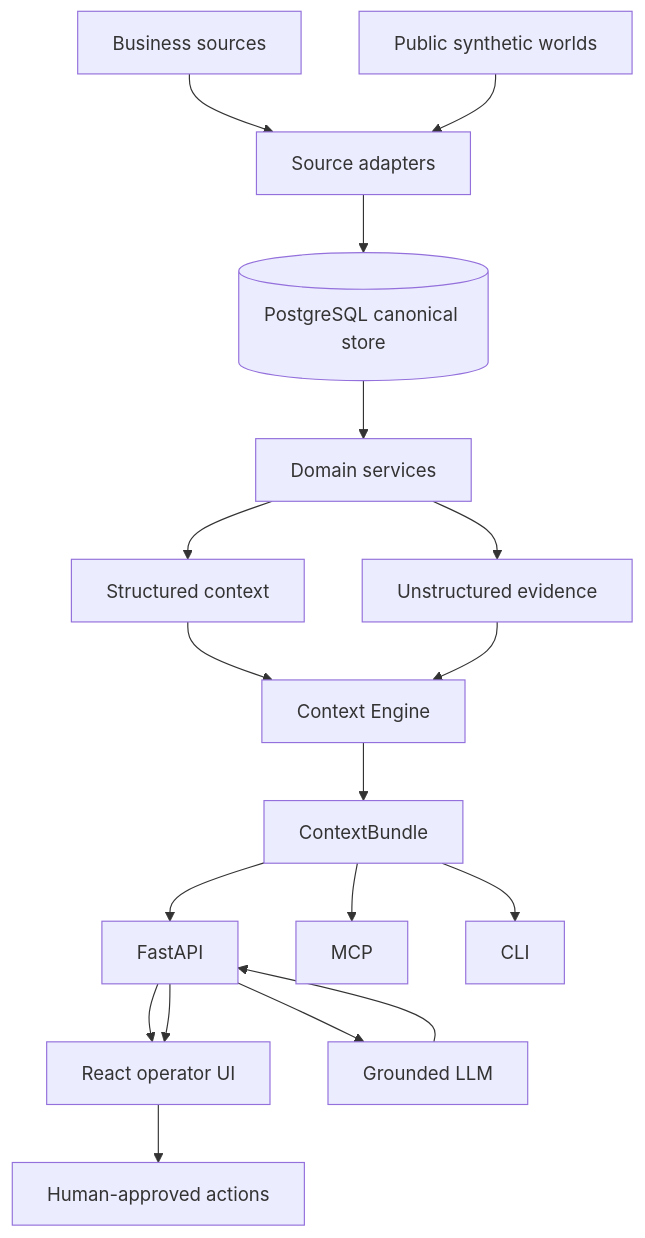
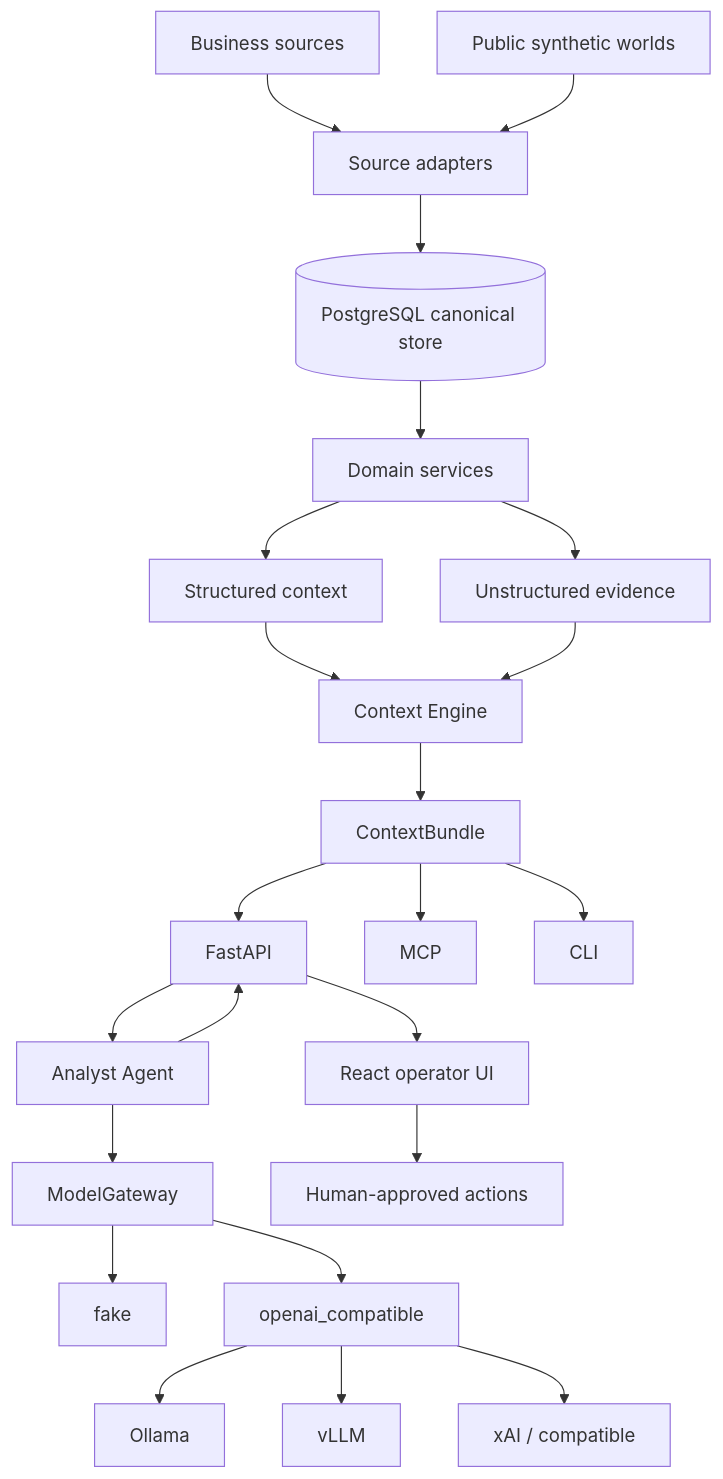
One commit to sebmvp/commerce-data-platform changed the first of 6 diagrams in ARCHITECTURE.md. Above: the diagram before and after it, drawn with Mermaid. The commit also changed other lines of this file and 54 other files, not shown here.

First line of the commit message:
feat: add ModelGateway, Analyst Agent, and onboarding proposals

````diff
--- a/ARCHITECTURE.md
+++ b/ARCHITECTURE.md
@@ -15,20 +15,25 @@
 ```mermaid
 flowchart TD
   sources[Business sources] --> adapters[Source adapters]
   synth[Public synthetic worlds] --> adapters
   adapters --> pg[(PostgreSQL canonical store)]
   pg --> services[Domain services]
   services --> structured[Structured context]
   services --> search[Unstructured evidence]
   structured --> engine[Context Engine]
   search --> engine
   engine --> bundle[ContextBundle]
   bundle --> api[FastAPI]
   bundle --> mcp[MCP]
   bundle --> cli[CLI]
   api --> ui[React operator UI]
-  api --> llm[Grounded LLM]
-  llm --> api
-  api --> ui
+  api --> analyst[Analyst Agent]
+  analyst --> gateway[ModelGateway]
+  gateway --> fake[fake]
+  gateway --> oai[openai_compatible]
+  oai --> ollama[Ollama]
+  oai --> vllm[vLLM]
+  oai --> xai[xAI / compatible]
+  analyst --> api
   ui --> human[Human-approved actions]
 ```
````
